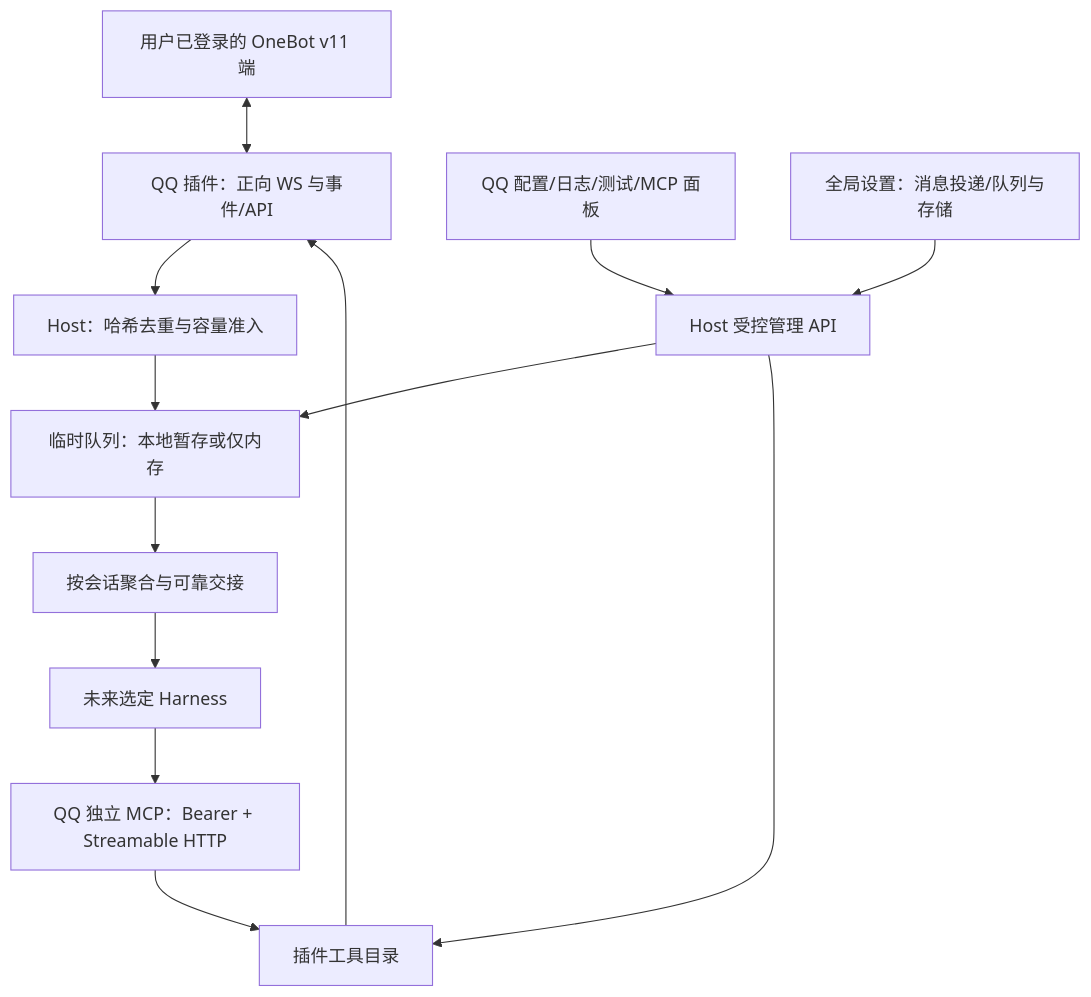
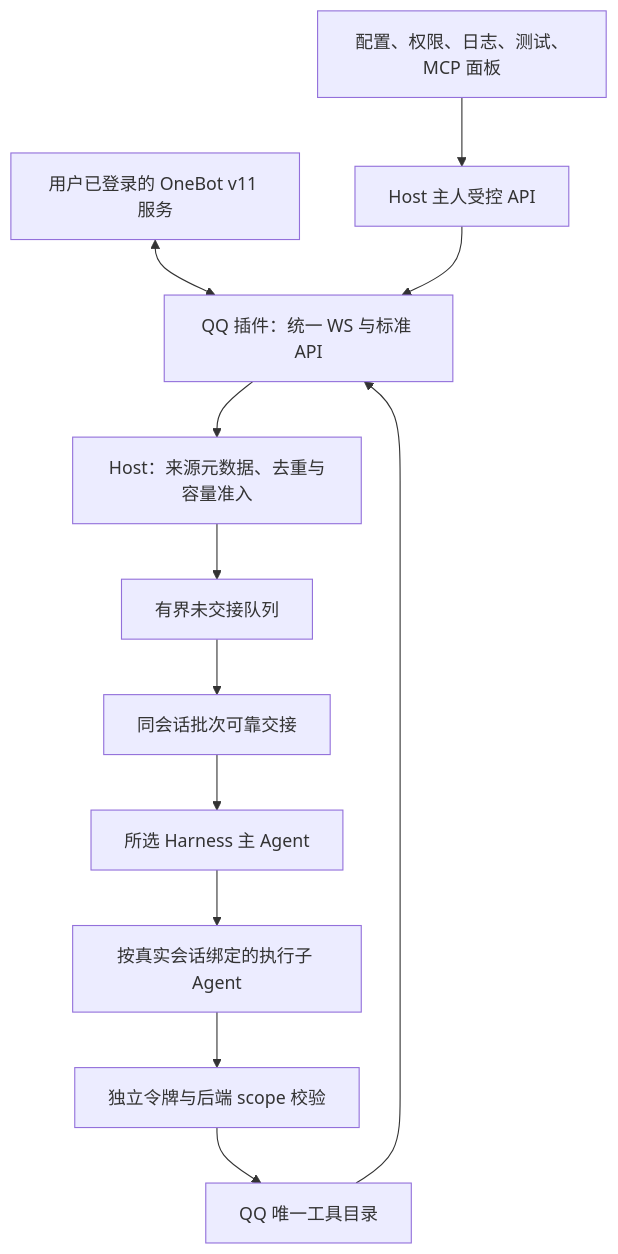
The diagram in docs/architecture/QQ与平台能力.md (rvaim/eating), drawn with Mermaid before and after one commit. The commit also changed other lines of this file and 102 other files, not shown here.

````diff
--- a/docs/architecture/QQ与平台能力.md
+++ b/docs/architecture/QQ与平台能力.md
@@ -7,15 +7,14 @@
 ```mermaid
 flowchart TB
-    OB[用户已登录的 OneBot v11 端] <--> QQ[QQ 插件：正向 WS 与事件/API]
-    QQ --> Admit[Host：哈希去重与容量准入]
-    Admit --> Queue[临时队列：本地暂存或仅内存]
-    Queue --> HG[按会话聚合与可靠交接]
-    HG --> H[未来选定 Harness]
-    H --> MCP[QQ 独立 MCP：Bearer + Streamable HTTP]
-    UI[QQ 配置/日志/测试/MCP 面板] --> API[Host 受控管理 API]
-    Settings[全局设置：消息投递/队列与存储] --> API
-    API --> Queue
-    API --> Tools[插件工具目录]
-    MCP --> Tools
+    OB[用户已登录的 OneBot v11 服务] <--> QQ[QQ 插件：统一 WS 与标准 API]
+    QQ --> Admit[Host：来源元数据、去重与容量准入]
+    Admit --> Queue[有界未交接队列]
+    Queue --> HG[同会话批次可靠交接]
+    HG --> Main[所选 Harness 主 Agent]
+    Main --> Child[按真实会话绑定的执行子 Agent]
+    Child --> MCP[独立令牌与后端 scope 校验]
+    MCP --> Tools[QQ 唯一工具目录]
     Tools --> QQ
+    UI[配置、权限、日志、测试、MCP 面板] --> API[Host 主人受控 API]
+    API --> QQ
 ```
````
